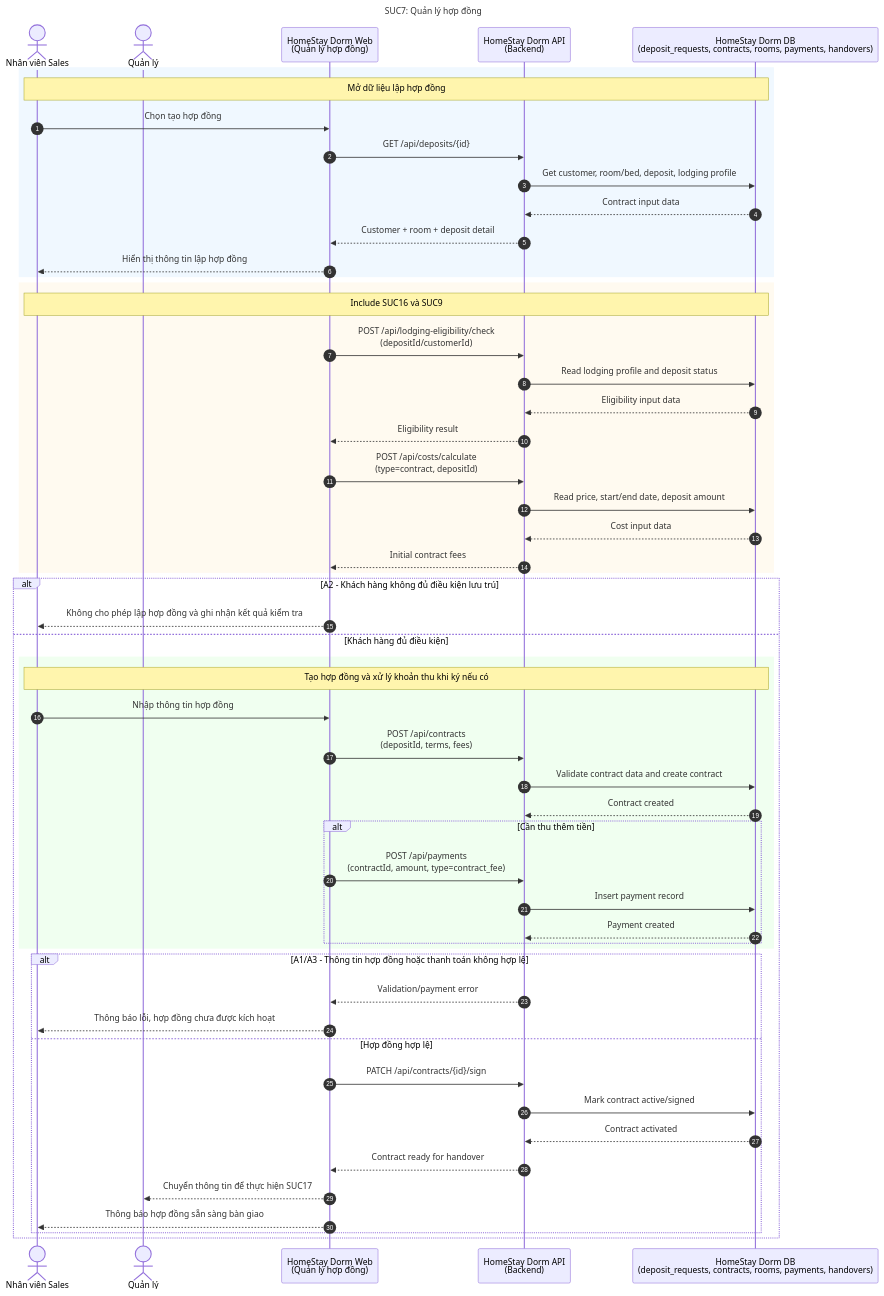
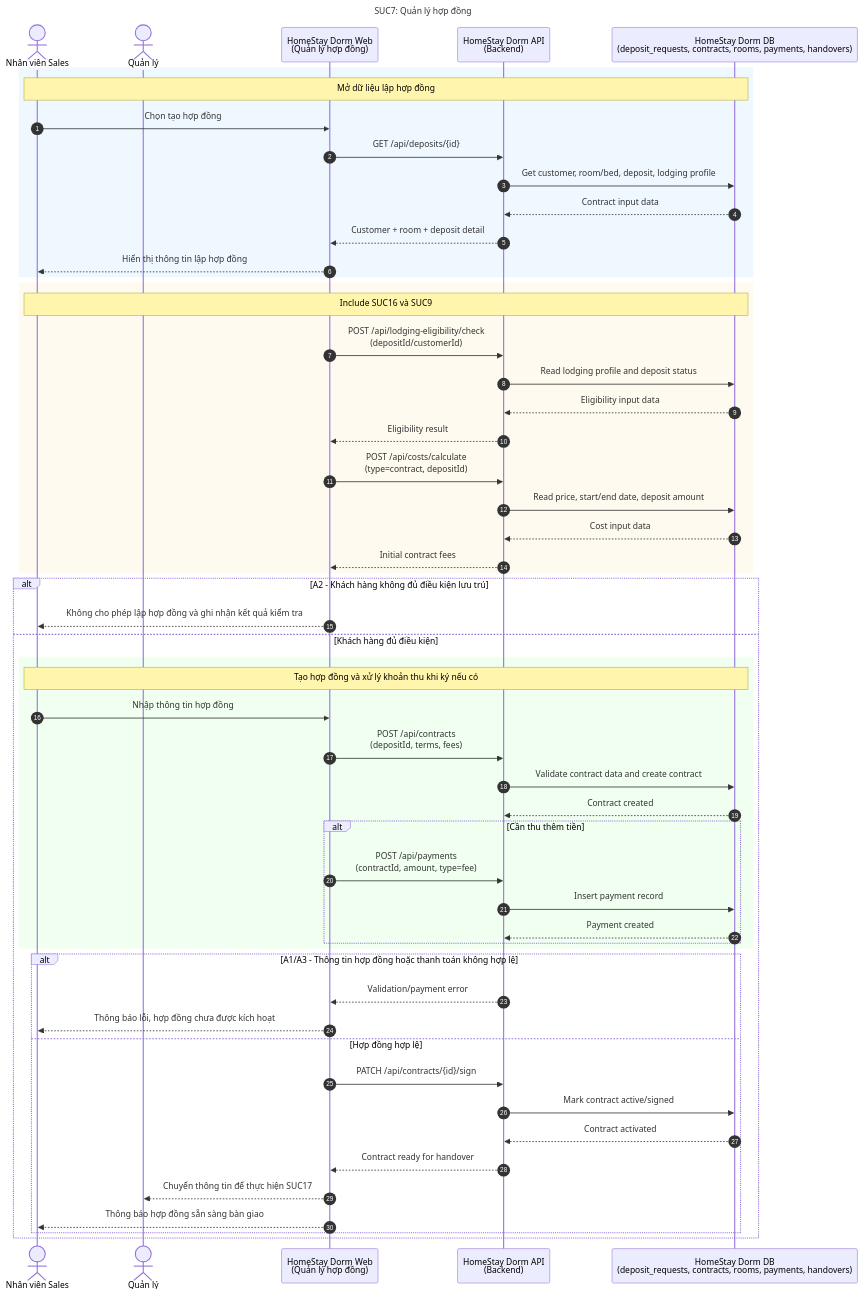
Before and after one commit to dinhdaivu/CSC12004_Information-Systems-Analysis-and-Design: the diagram in docs/SUC/SUC07-quan-ly-hop-dong.mmd, drawn with Mermaid. The commit also changed 12 other files, not shown here.

```diff
--- a/docs/SUC/SUC07-quan-ly-hop-dong.mmd
+++ b/docs/SUC/SUC07-quan-ly-hop-dong.mmd
@@ -1,59 +1,59 @@
 sequenceDiagram
     title SUC7: Quản lý hợp đồng
     autonumber
     actor S as Nhân viên Sales
     actor M as Quản lý
     participant Web as HomeStay Dorm Web<br/>(Quản lý hợp đồng)
     participant API as HomeStay Dorm API<br/>(Backend)
     participant DB as HomeStay Dorm DB<br/>(deposit_requests, contracts, rooms, payments, handovers)
 
     rect rgb(240, 248, 255)
         Note over S, DB: Mở dữ liệu lập hợp đồng
         S->>Web: Chọn tạo hợp đồng
         Web->>API: GET /api/deposits/{id}
         API->>DB: Get customer, room/bed, deposit, lodging profile
         DB-->>API: Contract input data
         API-->>Web: Customer + room + deposit detail
         Web-->>S: Hiển thị thông tin lập hợp đồng
     end
 
     rect rgb(255, 250, 240)
         Note over S, DB: Include SUC16 và SUC9
         Web->>API: POST /api/lodging-eligibility/check<br/>(depositId/customerId)
         API->>DB: Read lodging profile and deposit status
         DB-->>API: Eligibility input data
         API-->>Web: Eligibility result
         Web->>API: POST /api/costs/calculate<br/>(type=contract, depositId)
         API->>DB: Read price, start/end date, deposit amount
         DB-->>API: Cost input data
         API-->>Web: Initial contract fees
     end
 
     alt A2 - Khách hàng không đủ điều kiện lưu trú
         Web-->>S: Không cho phép lập hợp đồng và ghi nhận kết quả kiểm tra
     else Khách hàng đủ điều kiện
         rect rgb(240, 255, 240)
             Note over S, DB: Tạo hợp đồng và xử lý khoản thu khi ký nếu có
             S->>Web: Nhập thông tin hợp đồng
             Web->>API: POST /api/contracts<br/>(depositId, terms, fees)
             API->>DB: Validate contract data and create contract
             DB-->>API: Contract created
             alt Cần thu thêm tiền
-                Web->>API: POST /api/payments<br/>(contractId, amount, type=contract_fee)
+                Web->>API: POST /api/payments<br/>(contractId, amount, type=fee)
                 API->>DB: Insert payment record
                 DB-->>API: Payment created
             end
         end
 
         alt A1/A3 - Thông tin hợp đồng hoặc thanh toán không hợp lệ
             API-->>Web: Validation/payment error
             Web-->>S: Thông báo lỗi, hợp đồng chưa được kích hoạt
         else Hợp đồng hợp lệ
             Web->>API: PATCH /api/contracts/{id}/sign
             API->>DB: Mark contract active/signed
             DB-->>API: Contract activated
             API-->>Web: Contract ready for handover
             Web-->>M: Chuyển thông tin để thực hiện SUC17
             Web-->>S: Thông báo hợp đồng sẵn sàng bàn giao
         end
     end
```
